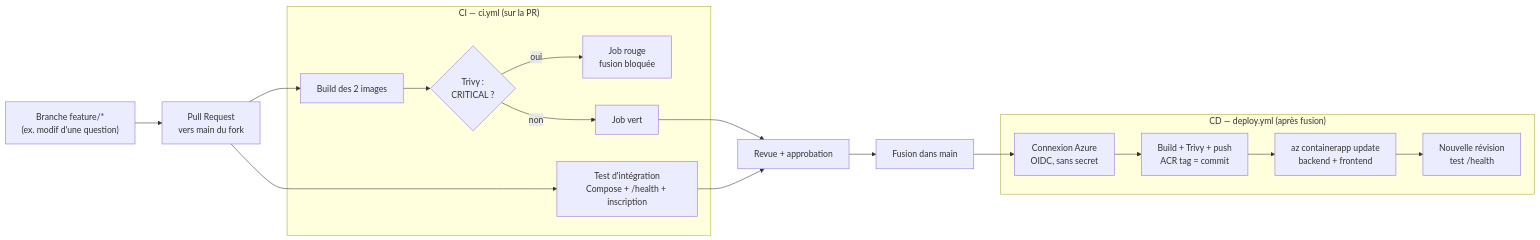
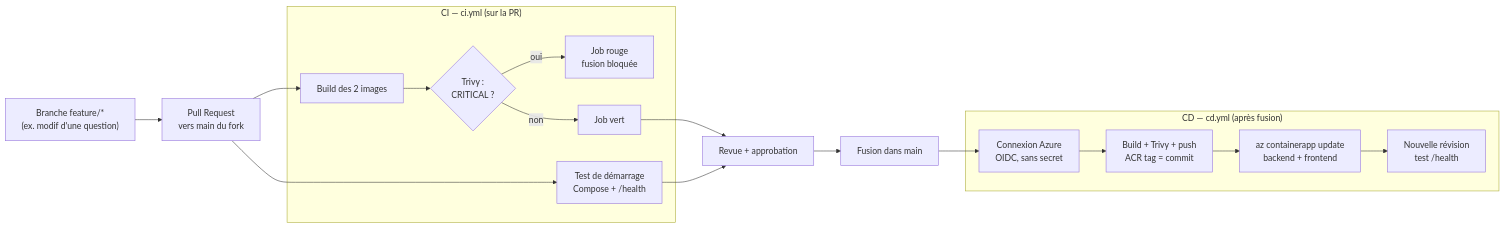
Before and after one commit to Loupox78/eval-quiz-app: the third of 3 diagrams in docs-groupe/architecture.md, drawn with Mermaid. The commit also changed 2 other files, not shown here.

Commit message:
Docs : alignement sur la version J6 retenue (#9, cd.yml) et liste des preuves J6

````diff
--- a/docs-groupe/architecture.md
+++ b/docs-groupe/architecture.md
@@ -46,21 +46,21 @@
 ```mermaid
 flowchart LR
   DEV["Branche feature/*<br/>(ex. modif d'une question)"] --> PR["Pull Request<br/>vers main du fork"]
   subgraph CI["CI — ci.yml (sur la PR)"]
     BUILD["Build des 2 images"] --> TRIVY{"Trivy :<br/>CRITICAL ?"}
     TRIVY -- "oui" --> KO["Job rouge<br/>fusion bloquée"]
     TRIVY -- "non" --> OK["Job vert"]
-    IT["Test d'intégration<br/>Compose + /health + inscription"]
+    IT["Test de démarrage<br/>Compose + /health"]
   end
   PR --> BUILD
   PR --> IT
   OK --> REV["Revue + approbation"]
   IT --> REV
   REV --> MERGE["Fusion dans main"]
-  subgraph CD["CD — deploy.yml (après fusion)"]
+  subgraph CD["CD — cd.yml (après fusion)"]
     LOGIN["Connexion Azure<br/>OIDC, sans secret"] --> PUSH["Build + Trivy + push<br/>ACR tag = commit"]
     PUSH --> UPD["az containerapp update<br/>backend + frontend"]
     UPD --> CHECK["Nouvelle révision<br/>test /health"]
   end
   MERGE --> LOGIN
 ```
````
